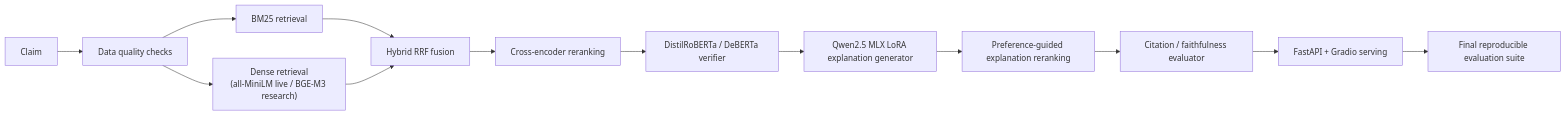
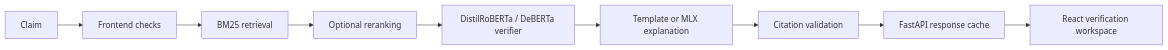
One commit to sushildalavi/veritas changed the diagram in docs/ARCHITECTURE.md. Above: the diagram before and after it, drawn with Mermaid. The commit also changed other lines of this file and 25 other files, not shown here.

````diff
--- a/docs/ARCHITECTURE.md
+++ b/docs/ARCHITECTURE.md
@@ -12,15 +10,11 @@
 ```mermaid
 flowchart LR
-    A["Claim"] --> B["Data quality checks"]
+    A["Claim"] --> B["Frontend checks"]
     B --> C["BM25 retrieval"]
-    B --> D["Dense retrieval\n(all-MiniLM live / BGE-M3 research)"]
-    C --> E["Hybrid RRF fusion"]
-    D --> E
-    E --> F["Cross-encoder reranking"]
-    F --> G["DistilRoBERTa / DeBERTa verifier"]
-    G --> H["Qwen2.5 MLX LoRA explanation generator"]
-    H --> I["Preference-guided explanation reranking"]
-    I --> J["Citation / faithfulness evaluator"]
-    J --> K["FastAPI + Gradio serving"]
-    K --> L["Final reproducible evaluation suite"]
+    C --> D["Optional reranking"]
+    D --> E["DistilRoBERTa / DeBERTa verifier"]
+    E --> F["Template or MLX explanation"]
+    F --> G["Citation validation"]
+    G --> H["FastAPI response cache"]
+    H --> I["React verification workspace"]
 ```
````
